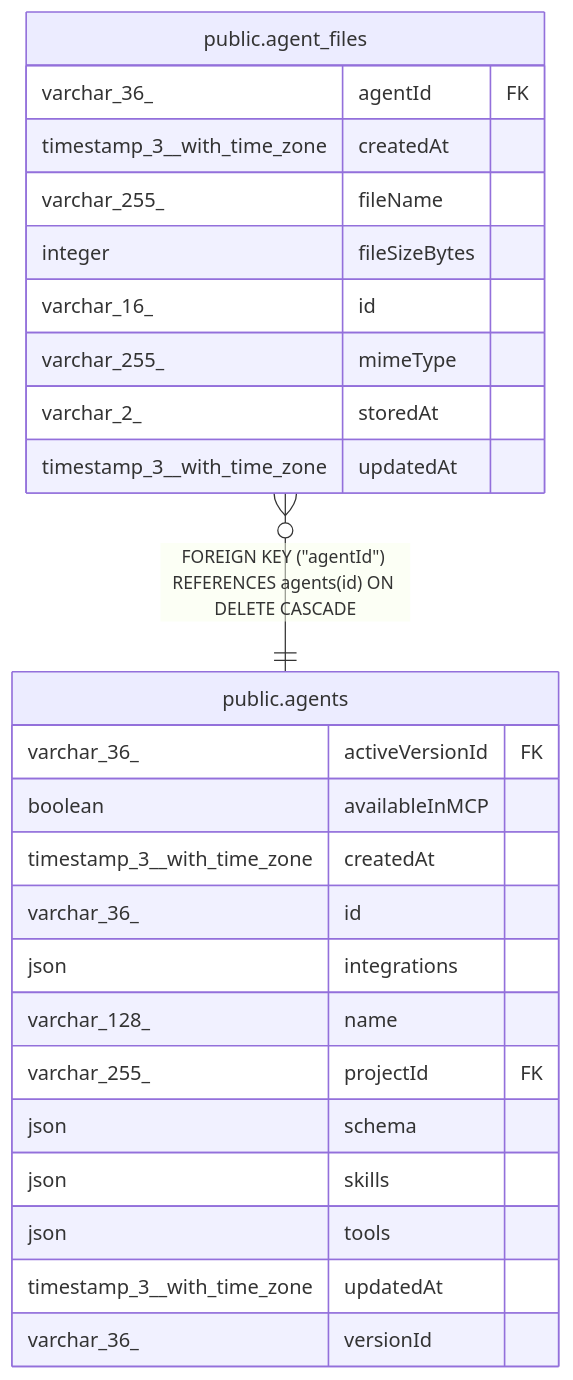
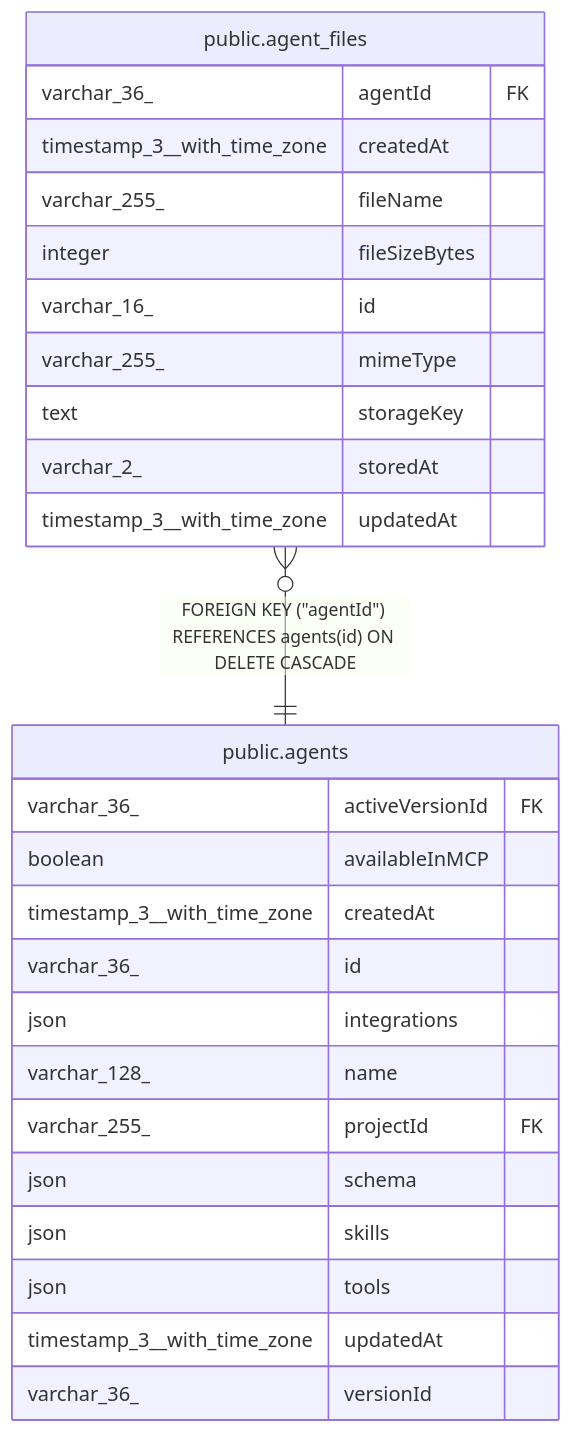
One commit to mayankjain1815-commits/n8n changed the diagram in docs/generated/postgres-schema/public.agent_files.md. Above: the diagram before and after it, drawn with Mermaid. The commit also changed other lines of this file and 7 other files, not shown here.

````diff
--- a/docs/generated/postgres-schema/public.agent_files.md
+++ b/docs/generated/postgres-schema/public.agent_files.md
@@ -42,30 +45,31 @@
 ```mermaid
 erDiagram
 
 "public.agent_files" }o--|| "public.agents" : "FOREIGN KEY (#quot;agentId#quot;) REFERENCES agents(id) ON DELETE CASCADE"
 
 "public.agent_files" {
   varchar_36_ agentId FK
   timestamp_3__with_time_zone createdAt
   varchar_255_ fileName
   integer fileSizeBytes
   varchar_16_ id
   varchar_255_ mimeType
+  text storageKey
   varchar_2_ storedAt
   timestamp_3__with_time_zone updatedAt
 }
 "public.agents" {
   varchar_36_ activeVersionId FK
   boolean availableInMCP
   timestamp_3__with_time_zone createdAt
   varchar_36_ id
   json integrations
   varchar_128_ name
   varchar_255_ projectId FK
   json schema
   json skills
   json tools
   timestamp_3__with_time_zone updatedAt
   varchar_36_ versionId
 }
 ```
````
